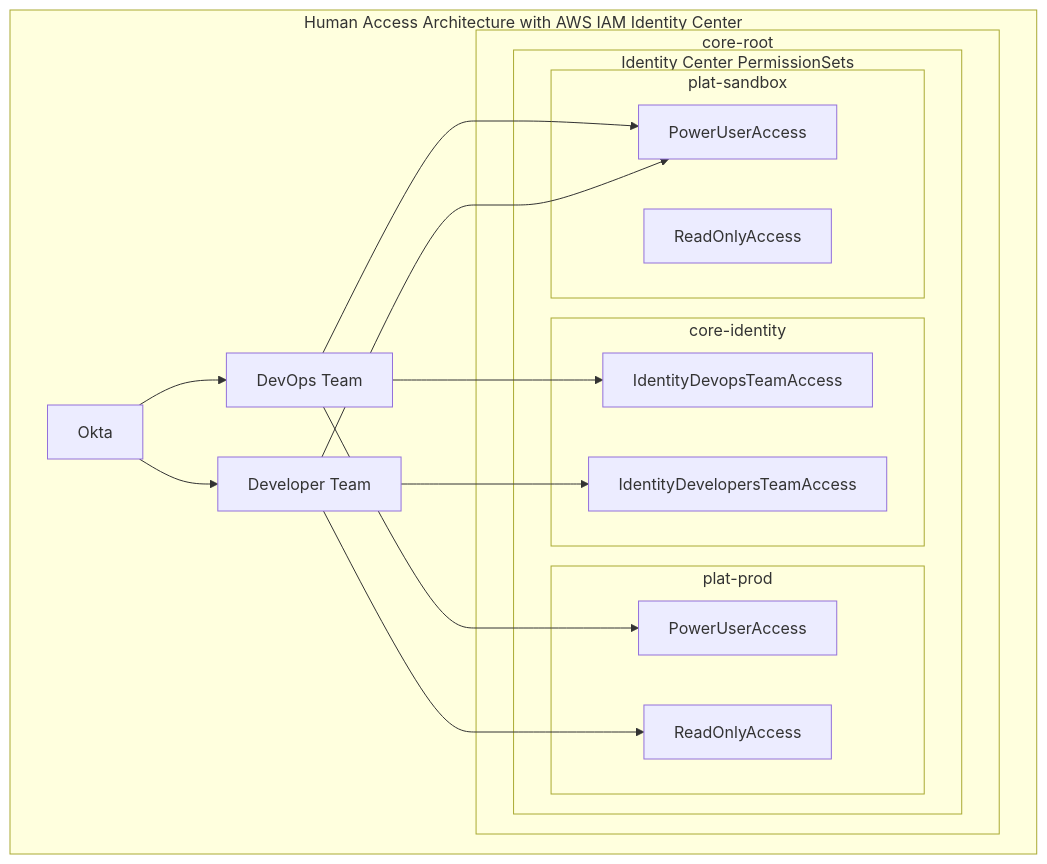
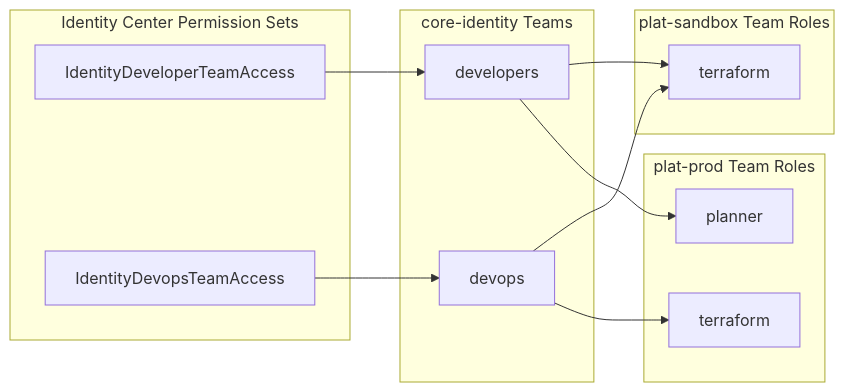
Before and after one commit to cloudposse/docs: the second of 5 diagrams in docs/layers/identity/centralized-terraform-access.mdx, drawn with Mermaid. The commit also changed other lines of this file, not shown here.

Commit message:
reset docs/layers/identity/centralized-terraform-access.mdx

````diff
--- a/docs/layers/identity/centralized-terraform-access.mdx
+++ b/docs/layers/identity/centralized-terraform-access.mdx
@@ -98,32 +76,30 @@
 ```mermaid
-flowchart TB
-    subgraph "Human Access Architecture with AWS IAM Identity Center"
-        subgraph "core-root"
-            subgraph sso["Identity Center PermissionSets"]
-                subgraph "core-identity"
-                    developers_identity["IdentityDevelopersTeamAccess"]
-                    devops_identity["IdentityDevopsTeamAccess"]
-                end
+flowchart LR
+    subgraph identity_center_permission_sets["Identity Center Permission Sets"]
+        developer_access["IdentityDeveloperTeamAccess"]
+        devops_access["IdentityDevopsTeamAccess"]
+    end
 
-                subgraph "plat-prod"
-                    poweruser_prod["PowerUserAccess"]
-                    reader_prod["ReadOnlyAccess"]
-                end
+    subgraph core_identity_teams["core-identity Teams"]
+        developers["developers"]
+        devops["devops"]
+    end
 
-                subgraph "plat-sandbox"
-                    poweruser_sandbox["PowerUserAccess"]
-                    reader_sandbox["ReadOnlyAccess"]
-                end
-            end
-        end
+    subgraph plat_sandbox_roles["plat-sandbox Team Roles"]
+        terraform_sandbox["terraform"]
+    end
 
-        okta["Okta"] --> devops_team
-        okta["Okta"] --> developers_team
-        devops_team["DevOps Team"] --> devops_identity
-        devops_team["DevOps Team"] --> poweruser_prod
-        devops_team["DevOps Team"] --> poweruser_sandbox
-        developers_team["Developer Team"] --> developers_identity
-        developers_team["Developer Team"] --> reader_prod
-        developers_team["Developer Team"] --> poweruser_sandbox
+    subgraph plat_prod_roles["plat-prod Team Roles"]
+        terraform_prod["terraform"]
+        planner_prod["planner"]
     end
+
+    developer_access --> developers
+    devops_access --> devops
+
+    developers --> terraform_sandbox
+    developers --> planner_prod
+
+    devops --> terraform_sandbox
+    devops --> terraform_prod
 ```
````
